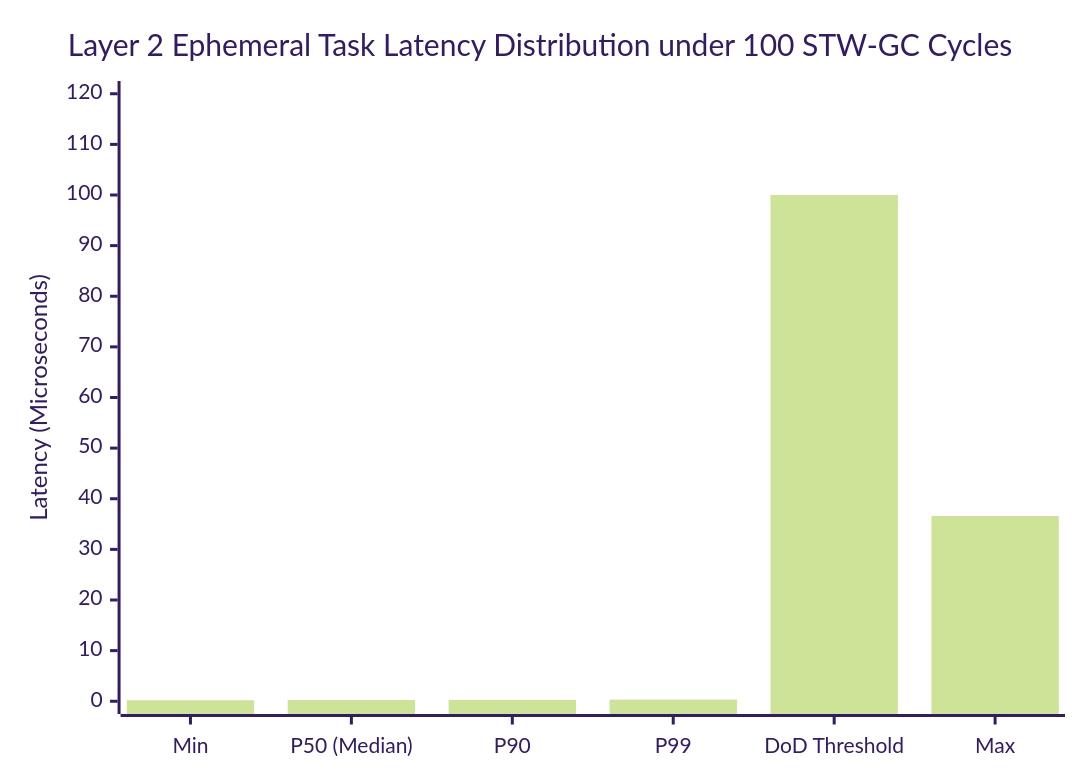
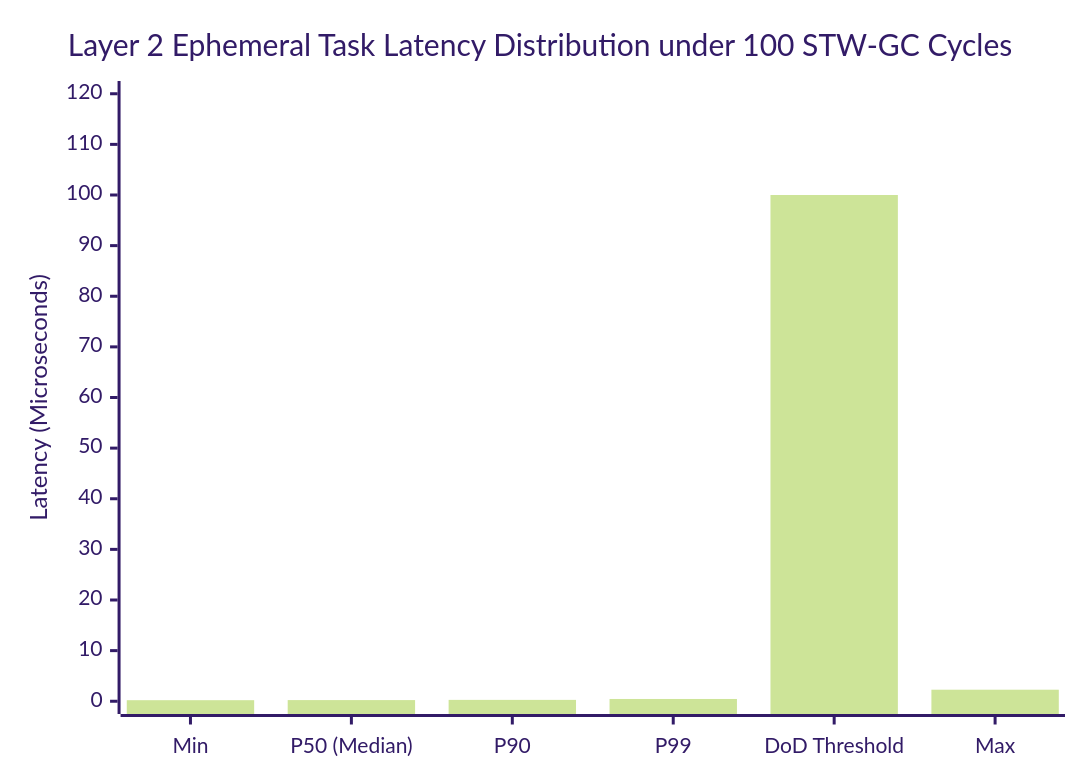
Before and after one commit to rokujyouhitoma/arxiv-security-papers: the second of 2 diagrams in docs/benchmarks/concurrency_evaluation.md, drawn with Mermaid (forest theme). The commit also changed other lines of this file and 1 other file, not shown here.

````diff
--- a/docs/benchmarks/concurrency_evaluation.md
+++ b/docs/benchmarks/concurrency_evaluation.md
@@ -153,7 +153,7 @@
 ```mermaid
 xychart-beta
     title "Layer 2 Ephemeral Task Latency Distribution under 100 STW-GC Cycles"
     x-axis ["Min", "P50 (Median)", "P90", "P99", "DoD Threshold", "Max"]
     y-axis "Latency (Microseconds)" 0 --> 120
-    bar [0.21, 0.24, 0.27, 0.33, 100.0, 36.59]
+    bar [0.21, 0.23, 0.27, 0.45, 100.0, 2.28]
 ```
````
